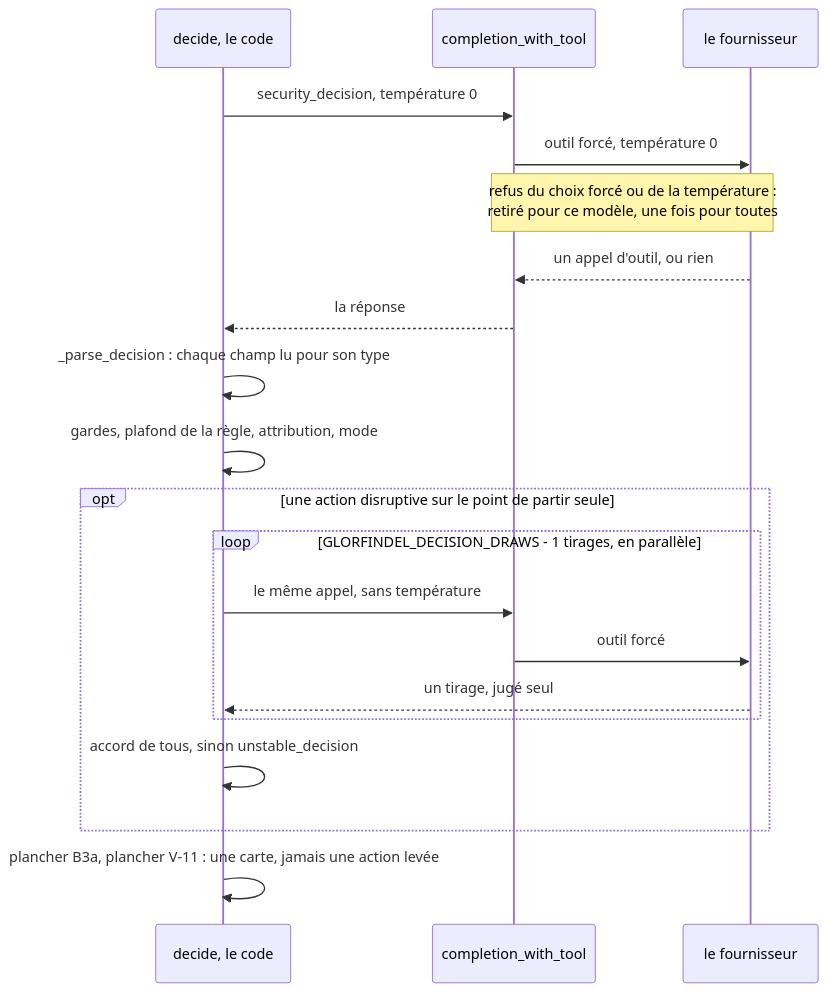
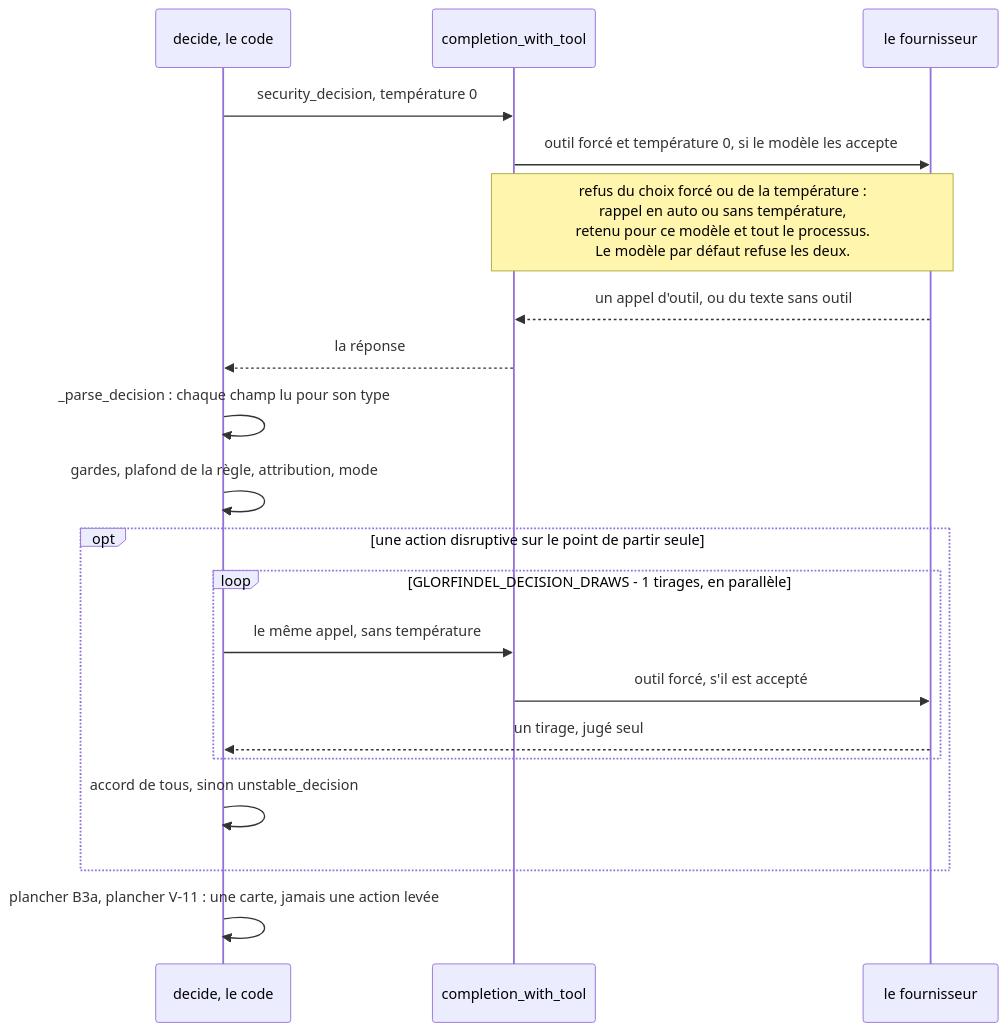
Before and after one commit to grootcyber/eregion: the third of 7 diagrams in docs/raisonnement.md, drawn with Mermaid. The commit also changed other lines of this file and 1 other file, not shown here.

````diff
--- a/docs/raisonnement.md
+++ b/docs/raisonnement.md
@@ -217,22 +226,22 @@
 ```mermaid
 sequenceDiagram
     participant D as decide, le code
     participant C as completion_with_tool
     participant F as le fournisseur
     D->>C: security_decision, température 0
-    C->>F: outil forcé, température 0
-    Note over C,F: refus du choix forcé ou de la température :<br/>retiré pour ce modèle, une fois pour toutes
-    F-->>C: un appel d'outil, ou rien
+    C->>F: outil forcé et température 0, si le modèle les accepte
+    Note over C,F: refus du choix forcé ou de la température :<br/>rappel en auto ou sans température,<br/>retenu pour ce modèle et tout le processus.<br/>Le modèle par défaut refuse les deux.
+    F-->>C: un appel d'outil, ou du texte sans outil
     C-->>D: la réponse
     D->>D: _parse_decision : chaque champ lu pour son type
     D->>D: gardes, plafond de la règle, attribution, mode
     opt une action disruptive sur le point de partir seule
         loop GLORFINDEL_DECISION_DRAWS - 1 tirages, en parallèle
             D->>C: le même appel, sans température
-            C->>F: outil forcé
+            C->>F: outil forcé, s'il est accepté
             F-->>D: un tirage, jugé seul
         end
         D->>D: accord de tous, sinon unstable_decision
     end
     D->>D: plancher B3a, plancher V-11 : une carte, jamais une action levée
 ```
````
